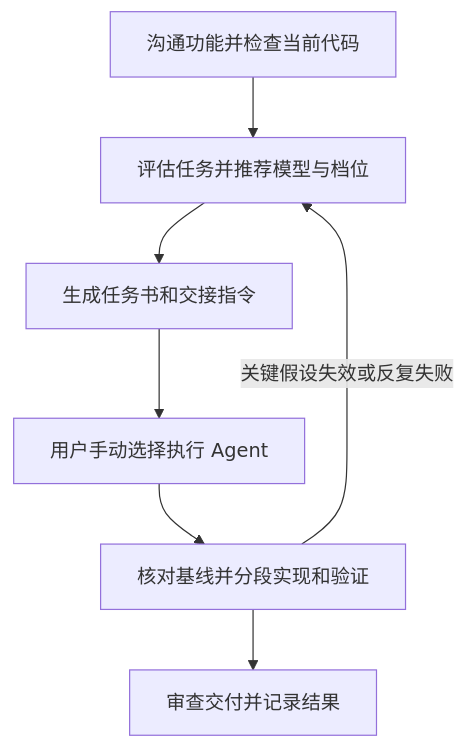
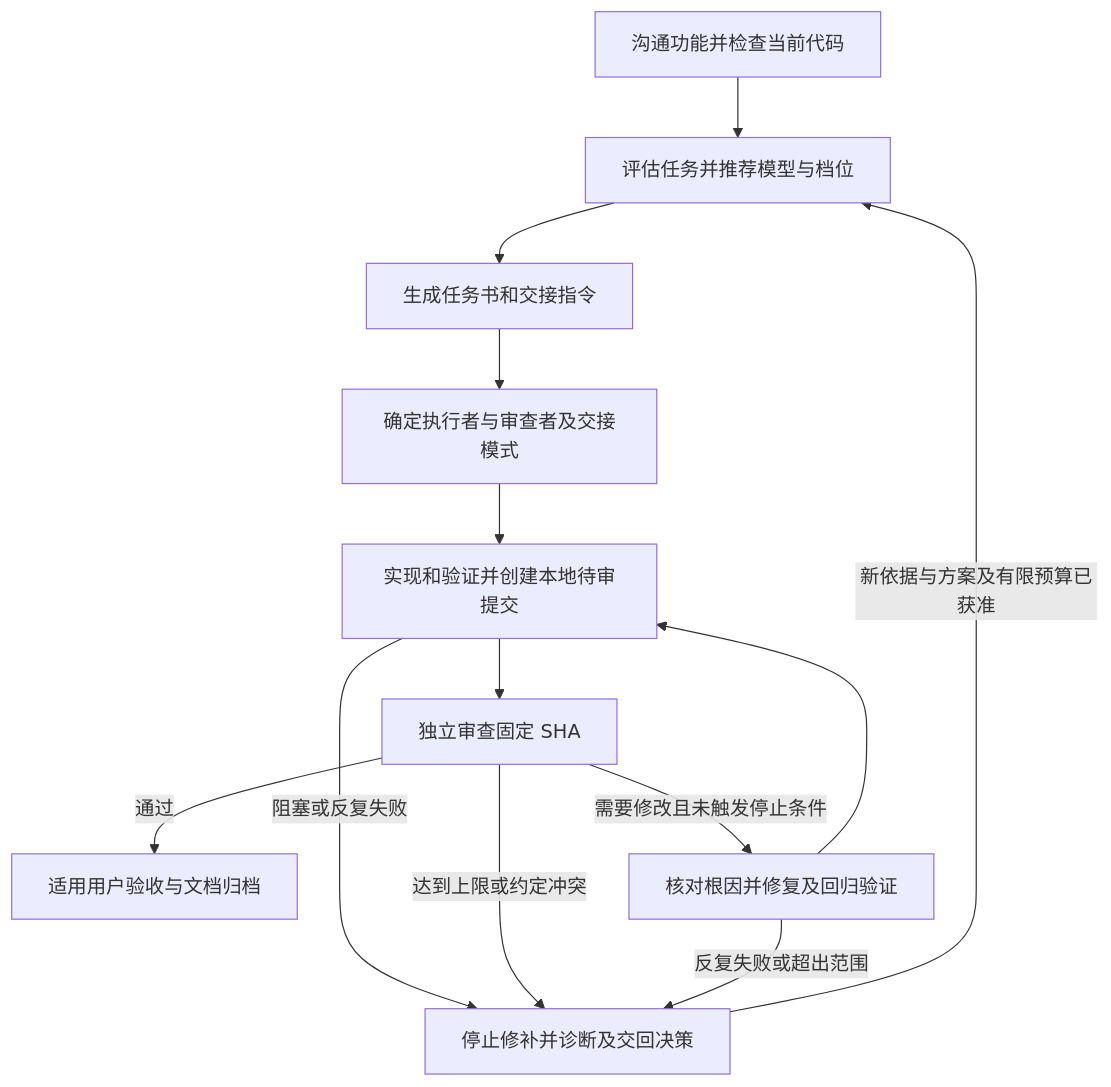
One commit to tianyuanqi/TheWolf changed the diagram in docs/Task-Workflow.md. Above: the diagram before and after it, drawn with Mermaid. The commit also changed other lines of this file and 12 other files, not shown here.

````diff
--- a/docs/Task-Workflow.md
+++ b/docs/Task-Workflow.md
@@ -9,9 +9,15 @@
 ```mermaid
 flowchart TD
     A[沟通功能并检查当前代码] --> B[评估任务并推荐模型与档位]
     B --> C[生成任务书和交接指令]
-    C --> D[用户手动选择执行 Agent]
-    D --> E[核对基线并分段实现和验证]
-    E --> F[审查交付并记录结果]
-    E -->|关键假设失效或反复失败| B
+    C --> D[确定执行者与审查者及交接模式]
+    D --> E[实现和验证并创建本地待审提交]
+    E --> F[独立审查固定 SHA]
+    F -->|通过| G[适用用户验收与文档归档]
+    F -->|需要修改且未触发停止条件| H[核对根因并修复及回归验证]
+    H --> E
+    E -->|阻塞或反复失败| I[停止修补并诊断及交回决策]
+    F -->|达到上限或约定冲突| I
+    H -->|反复失败或超出范围| I
+    I -->|新依据与方案及有限预算已获准| B
 ```
````
